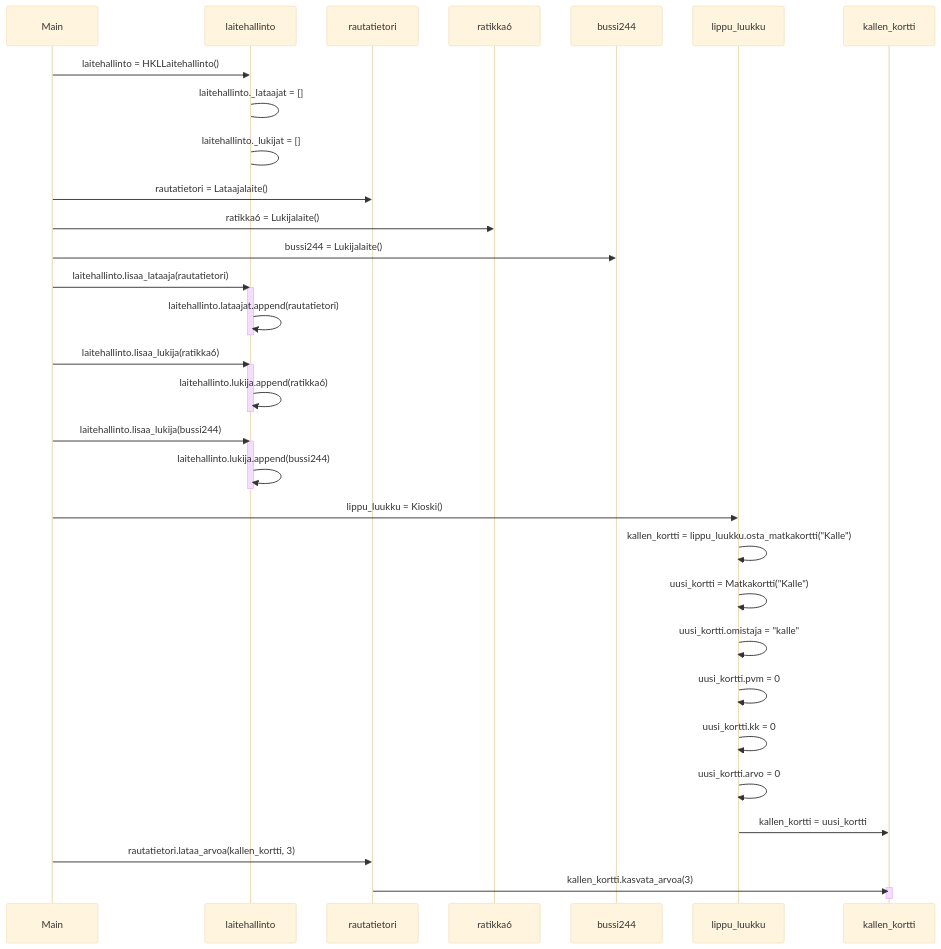
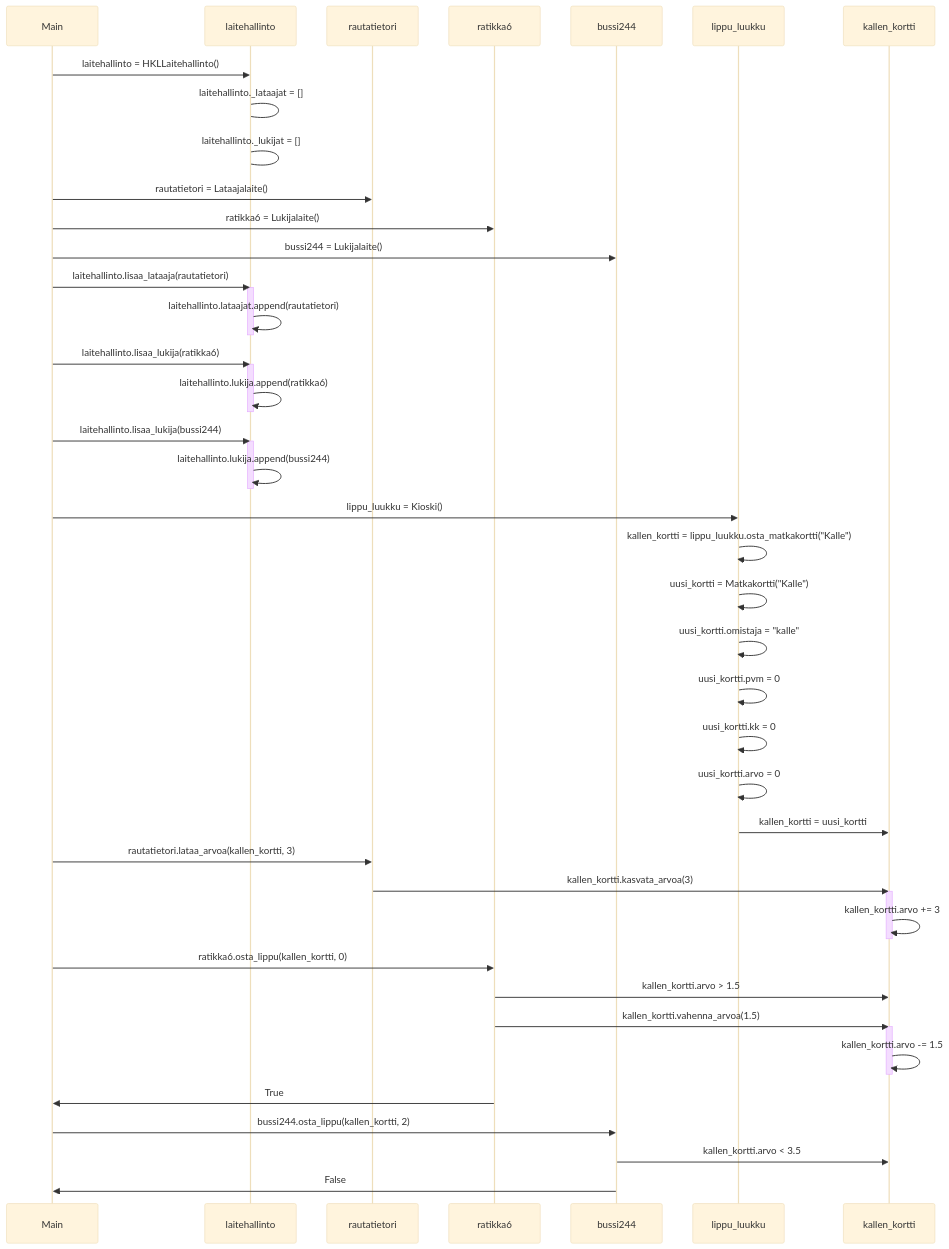
Before and after one commit to EeroAnt/ot-harjoitusty-: the diagram in laskarit/viikko3/matkakorttisekvenssikaavio.md, drawn with Mermaid (base theme).

````diff
--- a/laskarit/viikko3/matkakorttisekvenssikaavio.md
+++ b/laskarit/viikko3/matkakorttisekvenssikaavio.md
@@ -1,40 +1,51 @@
 ```mermaid
 sequenceDiagram
   participant Main
   participant laitehallinto
   participant rautatietori
   participant ratikka6
   participant bussi244
   participant lippu_luukku
   participant kallen_kortti
   Main->>laitehallinto: laitehallinto = HKLLaitehallinto()
   laitehallinto->laitehallinto: laitehallinto._lataajat = []
   laitehallinto->laitehallinto: laitehallinto._lukijat = []
   Main->>rautatietori: rautatietori = Lataajalaite()
   Main->>ratikka6: ratikka6 = Lukijalaite()
   Main->>bussi244: bussi244 = Lukijalaite()
   Main->>laitehallinto: laitehallinto.lisaa_lataaja(rautatietori)
   activate laitehallinto
   laitehallinto->>laitehallinto: laitehallinto.lataajat.append(rautatietori)
   deactivate laitehallinto
   Main->>laitehallinto: laitehallinto.lisaa_lukija(ratikka6)
   activate laitehallinto
   laitehallinto->>laitehallinto: laitehallinto.lukija.append(ratikka6)
   deactivate laitehallinto
   Main->>laitehallinto: laitehallinto.lisaa_lukija(bussi244)
   activate laitehallinto
   laitehallinto->>laitehallinto: laitehallinto.lukija.append(bussi244)
   deactivate laitehallinto
   Main->>lippu_luukku: lippu_luukku = Kioski()
   lippu_luukku->>lippu_luukku: kallen_kortti = lippu_luukku.osta_matkakortti("Kalle")
   lippu_luukku->>lippu_luukku: uusi_kortti = Matkakortti("Kalle")
   lippu_luukku->>lippu_luukku: uusi_kortti.omistaja = "kalle"
   lippu_luukku->>lippu_luukku: uusi_kortti.pvm = 0
   lippu_luukku->>lippu_luukku: uusi_kortti.kk = 0
   lippu_luukku->>lippu_luukku: uusi_kortti.arvo = 0
   lippu_luukku->>kallen_kortti: kallen_kortti = uusi_kortti
   Main->>rautatietori: rautatietori.lataa_arvoa(kallen_kortti, 3)
   rautatietori->>kallen_kortti: kallen_kortti.kasvata_arvoa(3)
   activate kallen_kortti
+  kallen_kortti->>kallen_kortti: kallen_kortti.arvo += 3
   deactivate kallen_kortti
+  Main->>ratikka6: ratikka6.osta_lippu(kallen_kortti, 0)
+  ratikka6->>kallen_kortti: kallen_kortti.arvo > 1.5
+  ratikka6->>kallen_kortti: kallen_kortti.vahenna_arvoa(1.5)
+  activate kallen_kortti
+  kallen_kortti->>kallen_kortti: kallen_kortti.arvo -= 1.5
+  deactivate kallen_kortti
+  ratikka6->>Main: True
+  Main->>bussi244: bussi244.osta_lippu(kallen_kortti, 2)
+  bussi244->>kallen_kortti: kallen_kortti.arvo < 3.5
+  bussi244->>Main: False
 ```
````
